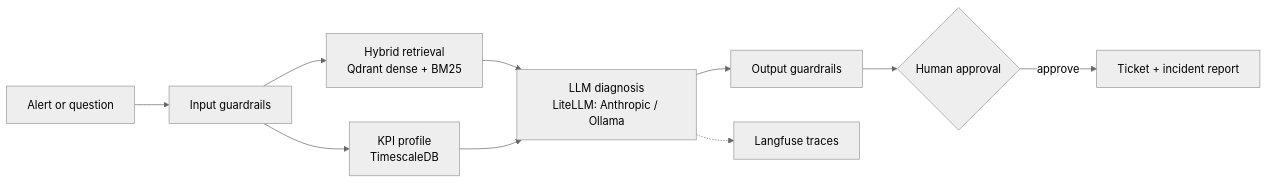
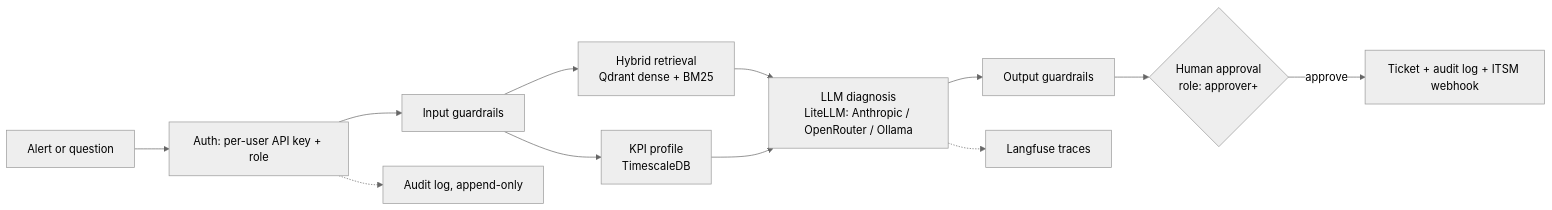
The diagram in README.md (mohamed-amin-ai/telecom-ops-ai-assistant), drawn with Mermaid (neutral theme) before and after one commit. The commit also changed other lines of this file and 7 other files, not shown here.

````diff
--- a/README.md
+++ b/README.md
@@ -9,12 +9,14 @@
 ```mermaid
 flowchart LR
-  A[Alert or question] --> G[Input guardrails]
+  A[Alert or question] --> AU[Auth: per-user API key + role]
+  AU --> G[Input guardrails]
   G --> R[Hybrid retrieval<br/>Qdrant dense + BM25]
   G --> K[KPI profile<br/>TimescaleDB]
-  R --> D[LLM diagnosis<br/>LiteLLM: Anthropic / Ollama]
+  R --> D[LLM diagnosis<br/>LiteLLM: Anthropic / OpenRouter / Ollama]
   K --> D
   D --> O[Output guardrails]
-  O --> H{Human approval}
-  H -->|approve| T[Ticket + incident report]
+  O --> H{Human approval<br/>role: approver+}
+  H -->|approve| T[Ticket + audit log + ITSM webhook]
   D -.-> L[Langfuse traces]
+  AU -.-> AL[Audit log, append-only]
 ```
````
